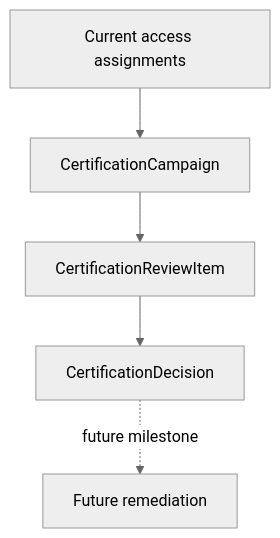
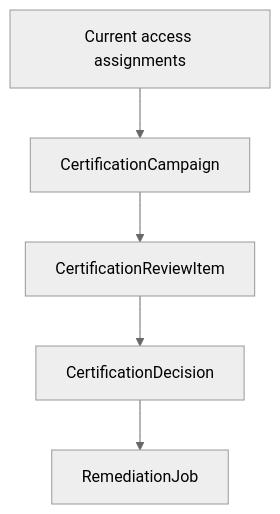
Before and after one commit to happelj/accessiq: the first of 5 diagrams in docs/access_reviews.md, drawn with Mermaid (neutral theme). The commit also changed other lines of this file and 15 other files, not shown here.

````diff
--- a/docs/access_reviews.md
+++ b/docs/access_reviews.md
@@ -15,13 +15,13 @@
 ```mermaid
 flowchart TD
     Access["Current access assignments"]
     Campaign["CertificationCampaign"]
     Items["CertificationReviewItem"]
     Decision["CertificationDecision"]
-    Remediation["Future remediation"]
+    Remediation["RemediationJob"]
 
     Access --> Campaign
     Campaign --> Items
     Items --> Decision
-    Decision -. "future milestone" .-> Remediation
+    Decision --> Remediation
 ```
````
